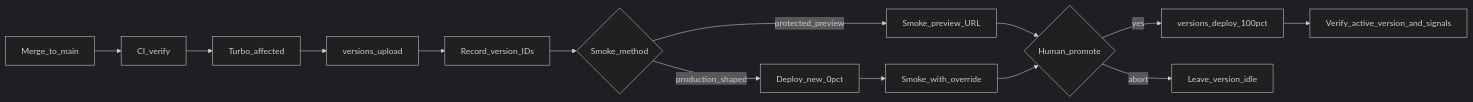
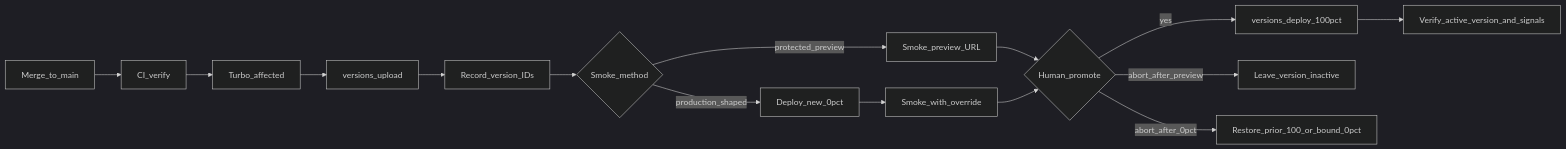
Before and after one commit to louisbrulenaudet/monorepo-template: the first of 2 diagrams in docs/cd-stage1-2-design.md, drawn with Mermaid (dark theme). The commit also changed other lines of this file, not shown here.

Commit message:
docs(cd): tighten preview abort handling

````diff
--- a/docs/cd-stage1-2-design.md
+++ b/docs/cd-stage1-2-design.md
@@ -44,16 +44,17 @@
 ```mermaid
 flowchart LR
   Merge[Merge_to_main] --> Verify[CI_verify]
   Verify --> Affected[Turbo_affected]
   Affected --> Upload[versions_upload]
   Upload --> Record[Record_version_IDs]
   Record --> Smoke{Smoke_method}
   Smoke -->|protected_preview| Preview[Smoke_preview_URL]
   Smoke -->|production_shaped| DeployZero[Deploy_new_0pct]
   DeployZero --> Override[Smoke_with_override]
   Preview --> Human{Human_promote}
   Override --> Human
   Human -->|yes| Deploy100[versions_deploy_100pct]
-  Human -->|abort| Idle[Leave_version_idle]
+  Human -->|abort_after_preview| Idle[Leave_version_inactive]
+  Human -->|abort_after_0pct| Restore[Restore_prior_100_or_bound_0pct]
   Deploy100 --> VerifyActive[Verify_active_version_and_signals]
 ```
````
